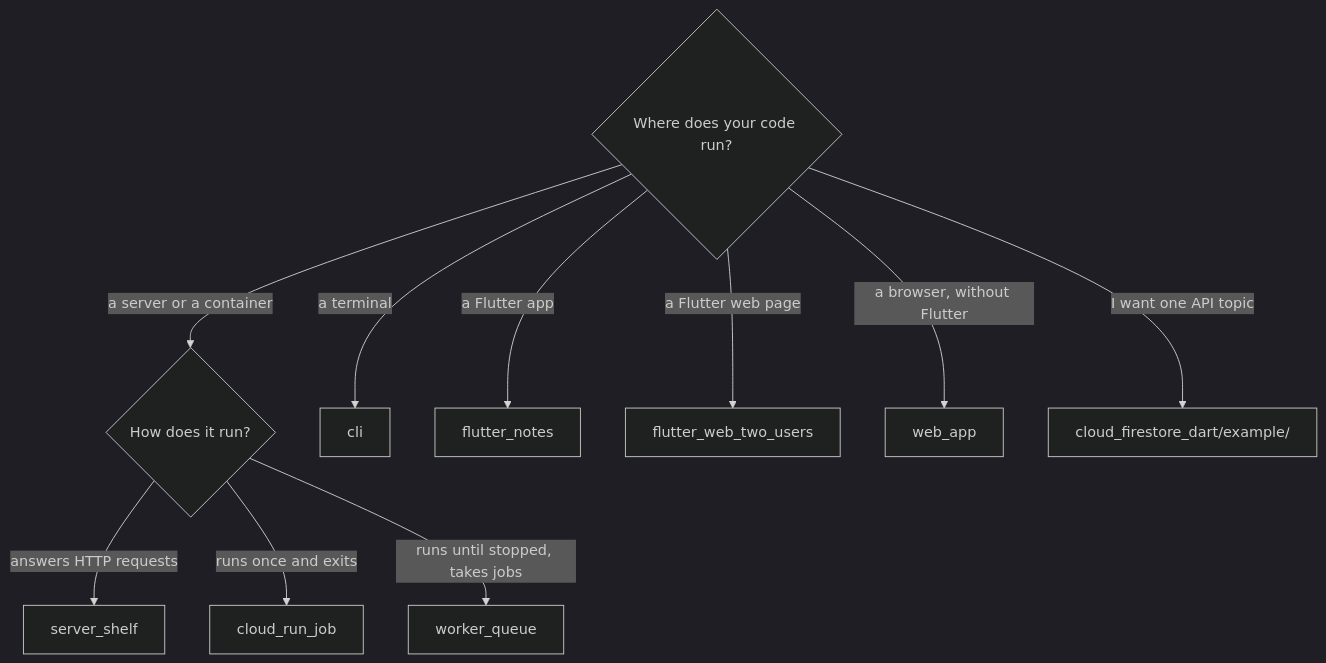
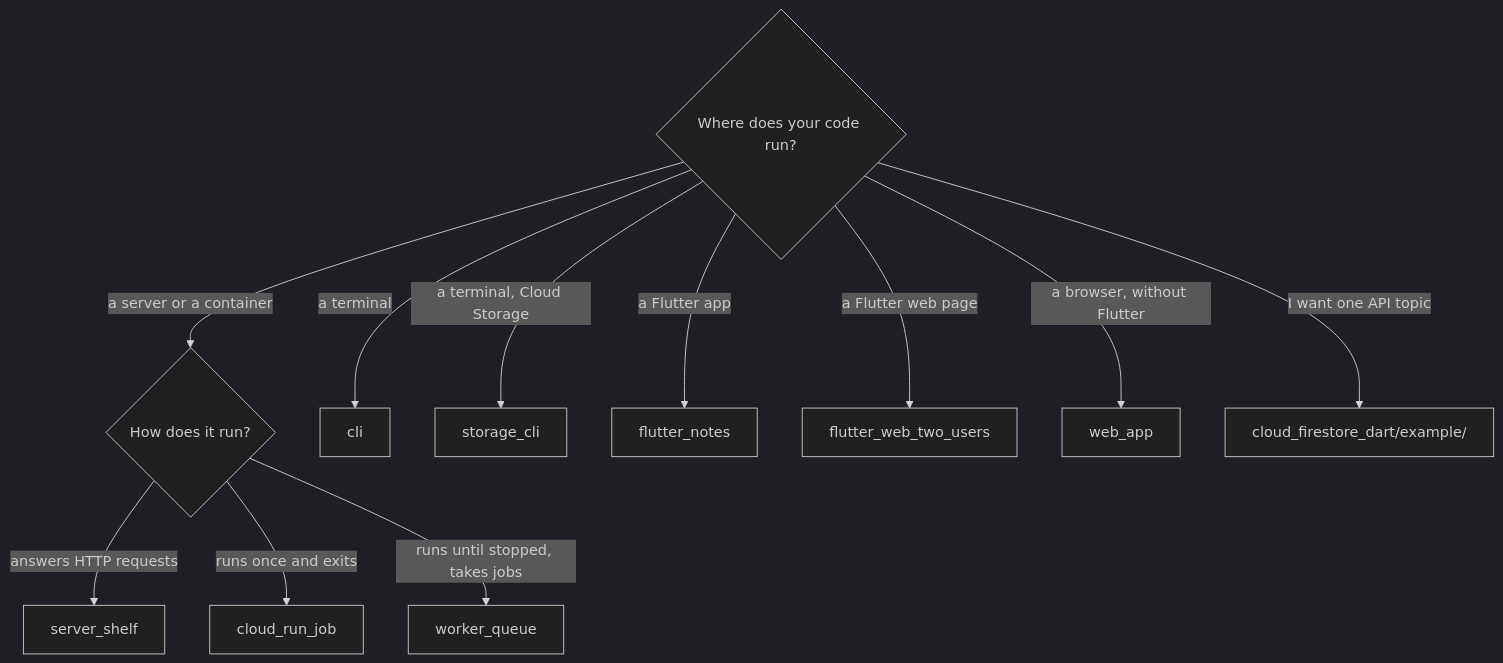
The diagram in examples/README.md (long1eu/firebase_dart_sdk), drawn with Mermaid (dark theme) before and after one commit. The commit also changed other lines of this file and 7 other files, not shown here.

First line of the commit message:
Add storage_cli, a command-line example for firebase_storage_dart

````diff
--- a/examples/README.md
+++ b/examples/README.md
@@ -21,13 +22,14 @@
 ```mermaid
 flowchart TD
   start{"Where does your code run?"}
   start -- "a server or a container" --> serverKind{"How does it run?"}
   serverKind -- "answers HTTP requests" --> serverShelf["server_shelf"]
   serverKind -- "runs once and exits" --> cloudRunJob["cloud_run_job"]
   serverKind -- "runs until stopped, takes jobs" --> workerQueue["worker_queue"]
   start -- "a terminal" --> cli["cli"]
+  start -- "a terminal, Cloud Storage" --> storageCli["storage_cli"]
   start -- "a Flutter app" --> flutterNotes["flutter_notes"]
   start -- "a Flutter web page" --> flutterWeb["flutter_web_two_users"]
   start -- "a browser, without Flutter" --> webApp["web_app"]
   start -- "I want one API topic" --> apiExamples["cloud_firestore_dart/example/"]
 ```
````
